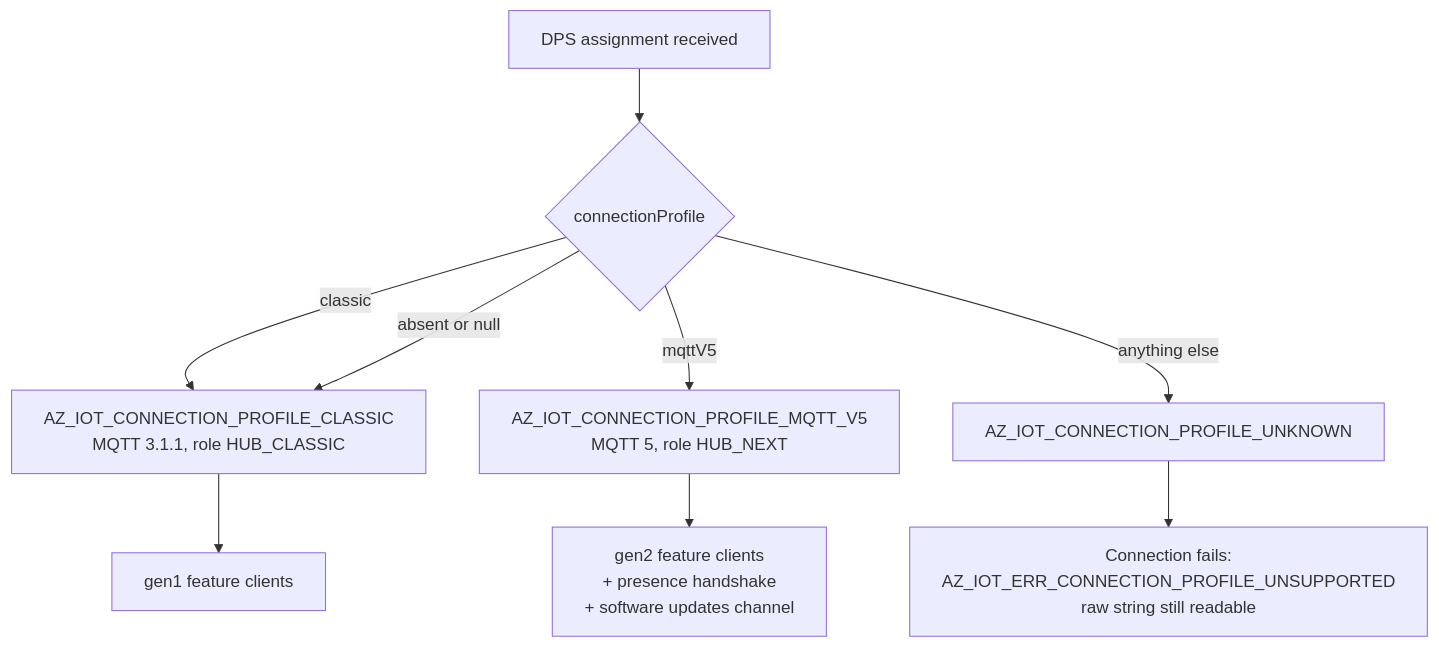
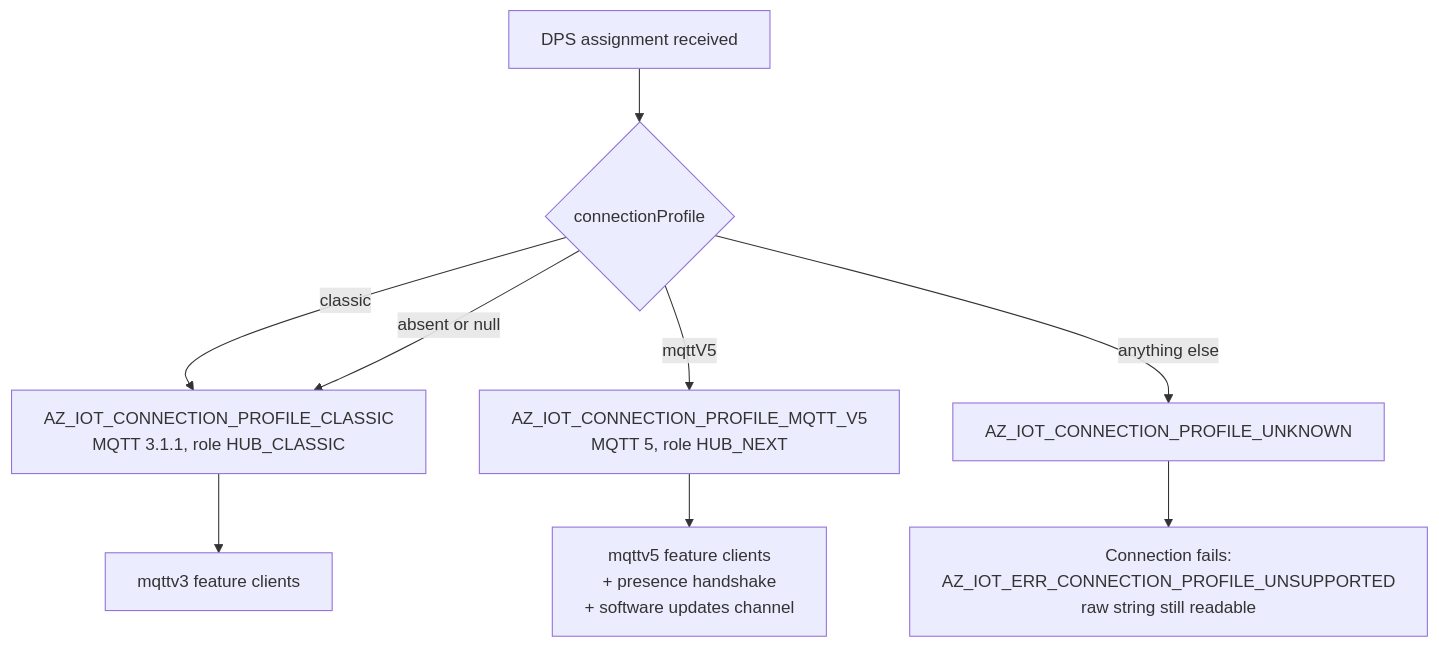
The fourth of 9 diagrams in c/docs/connection.md (Azure/azure-iot-sdk), drawn with Mermaid before and after one commit. The commit also changed other lines of this file and 118 other files, not shown here.

First line of the commit message:
C: rename gen1/gen2 to mqttv3/mqttv5

````diff
--- a/c/docs/connection.md
+++ b/c/docs/connection.md
@@ -285,11 +285,11 @@
 ```mermaid
 flowchart TB
     A["DPS assignment received"] --> B{"connectionProfile"}
     B -->|"classic"| C["AZ_IOT_CONNECTION_PROFILE_CLASSIC<br/>MQTT 3.1.1, role HUB_CLASSIC"]
     B -->|"absent or null"| C
     B -->|"mqttV5"| D["AZ_IOT_CONNECTION_PROFILE_MQTT_V5<br/>MQTT 5, role HUB_NEXT"]
     B -->|"anything else"| E["AZ_IOT_CONNECTION_PROFILE_UNKNOWN"]
-    C --> F["gen1 feature clients"]
-    D --> G["gen2 feature clients<br/>+ presence handshake<br/>+ software updates channel"]
+    C --> F["mqttv3 feature clients"]
+    D --> G["mqttv5 feature clients<br/>+ presence handshake<br/>+ software updates channel"]
     E --> H["Connection fails:<br/>AZ_IOT_ERR_CONNECTION_PROFILE_UNSUPPORTED<br/>raw string still readable"]
 ```
````
